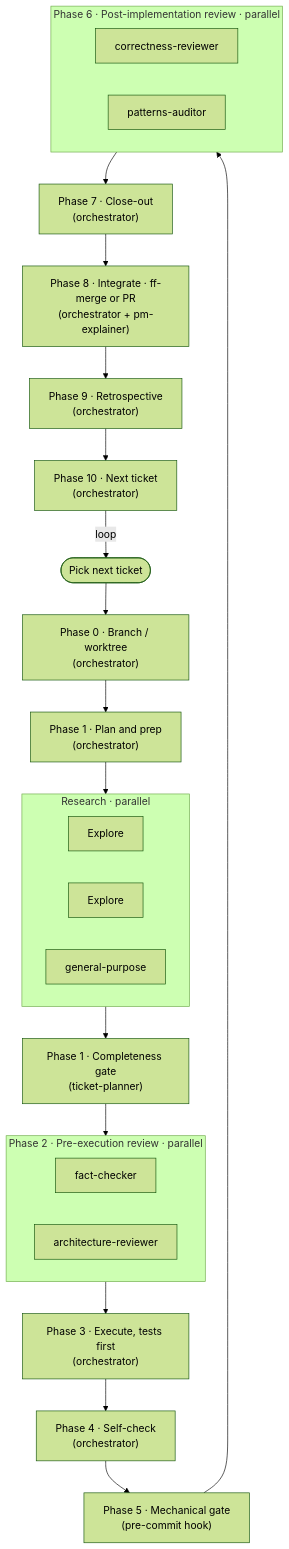
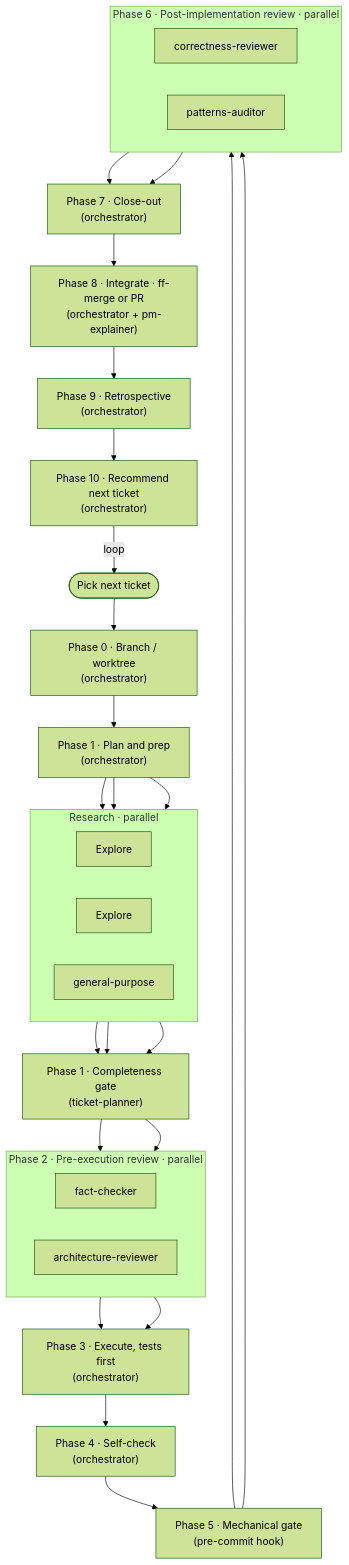
One commit to davidegreenwald/claude-greenfield changed the diagram in README.md. Above: the diagram before and after it, drawn with Mermaid (forest theme).

Commit message:
Fix /work diagram layout so it starts at "Pick next ticket" (#2)
Declare the parallel subgraphs first and fan edges into their inner nodes
with & instead of pointing at the subgraph containers, so the layout engine
ranks "Pick next ticket" at the top with the loop arrow returning to it.
Relabel Phase 10 to "Recommend next ticket" to distinguish it from the loop
entry. README-only; no version change.

````diff
--- a/README.md
+++ b/README.md
@@ -66,33 +66,33 @@
 ```mermaid
 flowchart TD
-    A(["Pick next ticket"]) --> P0["Phase 0 · Branch / worktree<br/>(orchestrator)"]
-    P0 --> P1["Phase 1 · Plan and prep<br/>(orchestrator)"]
-    P1 --> RES
     subgraph RES["Research · parallel"]
         direction LR
         R1["Explore"]
         R2["Explore"]
         R3["general-purpose"]
     end
-    RES --> GATE1["Phase 1 · Completeness gate<br/>(ticket-planner)"]
-    GATE1 --> PRE
     subgraph PRE["Phase 2 · Pre-execution review · parallel"]
         direction LR
         FC["fact-checker"]
         AR["architecture-reviewer"]
     end
-    PRE --> P3["Phase 3 · Execute, tests first<br/>(orchestrator)"]
-    P3 --> P4["Phase 4 · Self-check<br/>(orchestrator)"]
-    P4 --> P5["Phase 5 · Mechanical gate<br/>(pre-commit hook)"]
-    P5 --> POST
     subgraph POST["Phase 6 · Post-implementation review · parallel"]
         direction LR
         CR["correctness-reviewer"]
         PA["patterns-auditor"]
     end
-    POST --> P7["Phase 7 · Close-out<br/>(orchestrator)"]
+    A(["Pick next ticket"]) --> P0["Phase 0 · Branch / worktree<br/>(orchestrator)"]
+    P0 --> P1["Phase 1 · Plan and prep<br/>(orchestrator)"]
+    P1 --> R1 & R2 & R3
+    R1 & R2 & R3 --> GATE1["Phase 1 · Completeness gate<br/>(ticket-planner)"]
+    GATE1 --> FC & AR
+    FC & AR --> P3["Phase 3 · Execute, tests first<br/>(orchestrator)"]
+    P3 --> P4["Phase 4 · Self-check<br/>(orchestrator)"]
+    P4 --> P5["Phase 5 · Mechanical gate<br/>(pre-commit hook)"]
+    P5 --> CR & PA
+    CR & PA --> P7["Phase 7 · Close-out<br/>(orchestrator)"]
     P7 --> P8["Phase 8 · Integrate · ff-merge or PR<br/>(orchestrator + pm-explainer)"]
     P8 --> P9["Phase 9 · Retrospective<br/>(orchestrator)"]
-    P9 --> P10["Phase 10 · Next ticket<br/>(orchestrator)"]
+    P9 --> P10["Phase 10 · Recommend next ticket<br/>(orchestrator)"]
     P10 -->|loop| A
 ```
````
